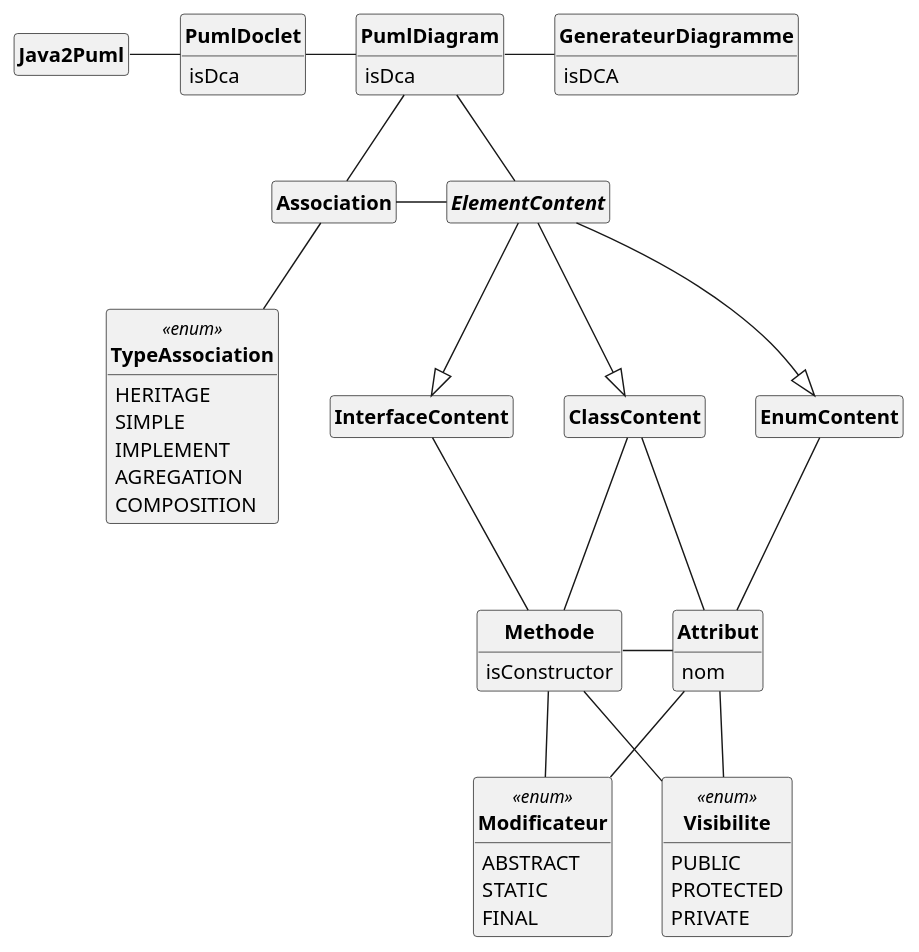
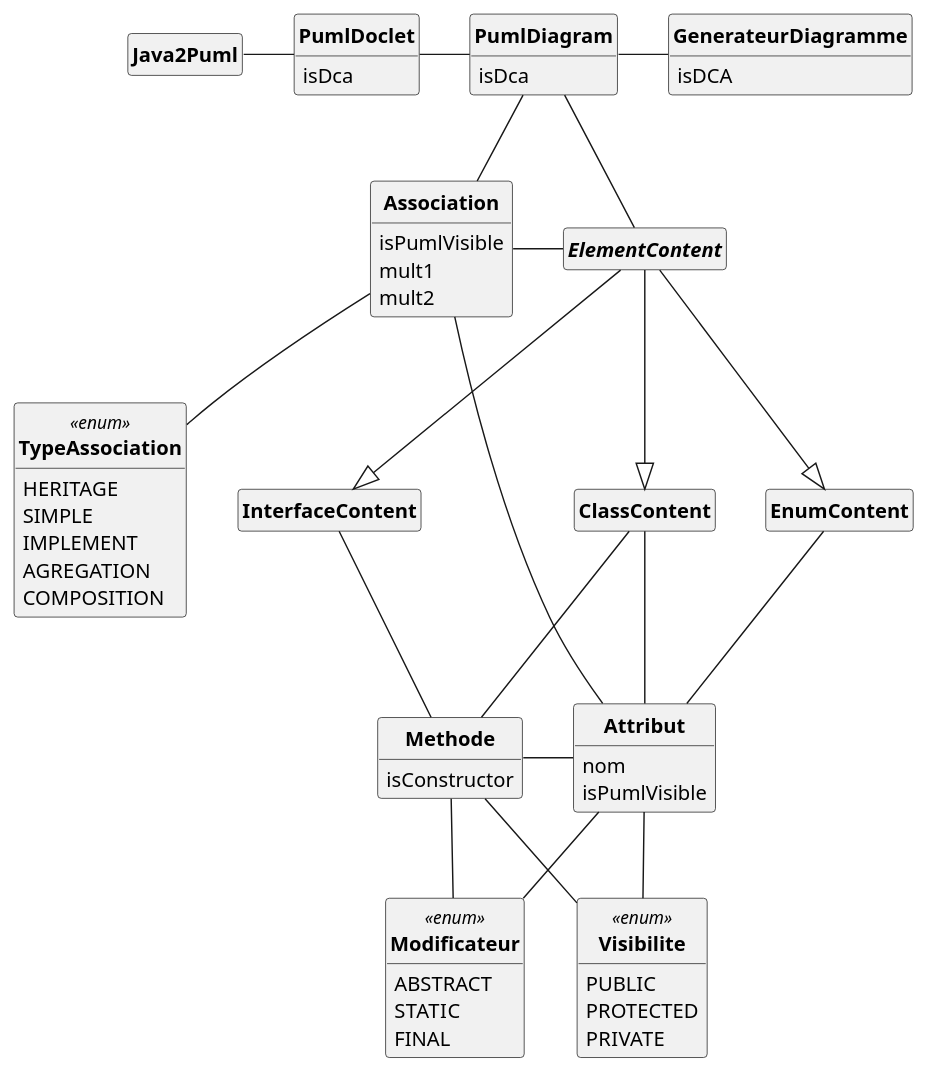
One commit to DimToups/Java-to-PUML-converter changed the diagram in uml/pumlFromJavaDCA.puml. Above: the diagram before and after it, drawn with PlantUML. The commit also changed 19 other files, not shown here.

```diff
--- a/uml/pumlFromJavaDCA.puml
+++ b/uml/pumlFromJavaDCA.puml
@@ -1,75 +1,80 @@
 @startuml
 'https://plantuml.com/class-diagram
 
 skinparam style strictuml
 skinparam classAttributeIconSize 0
 skinparam classFontStyle Bold
 
 hide empty members
 
 class Java2Puml{
 }
 class PumlDoclet{
     isDca
 }
 class PumlDiagram{
     isDca
 }
 abstract class ElementContent{
 }
 class EnumContent{
 }
 class ClassContent{
 }
 class InterfaceContent{
 }
 class Attribut{
     nom
+    isPumlVisible
 }
 class Methode{
     isConstructor
 }
 enum Modificateur <<enum>>{
     ABSTRACT
     STATIC
     FINAL
 }
 class Association{
+    isPumlVisible
+    mult1
+    mult2
 }
 enum TypeAssociation <<enum>>{
     HERITAGE
     SIMPLE
     IMPLEMENT
     AGREGATION
     COMPOSITION
 }
 enum Visibilite <<enum>>{
     PUBLIC
     PROTECTED
     PRIVATE
 }
 class GenerateurDiagramme{
     isDCA
 }
 
 Java2Puml - PumlDoclet
 PumlDoclet - PumlDiagram
 PumlDiagram - GenerateurDiagramme
 PumlDiagram - ElementContent
 PumlDiagram -- Association
 ElementContent --|> ClassContent
 ElementContent --|> EnumContent
 ElementContent --|> InterfaceContent
 ClassContent -- Attribut
 ClassContent -- Methode
 EnumContent -- Attribut
 InterfaceContent -- Methode
 Attribut  --  Visibilite
 Methode  -- Visibilite
 Attribut  -- Modificateur
 Methode --  Modificateur
 Methode - Attribut
 Association - ElementContent
 Association -- TypeAssociation
+Association -- Attribut
 
 @enduml
```
